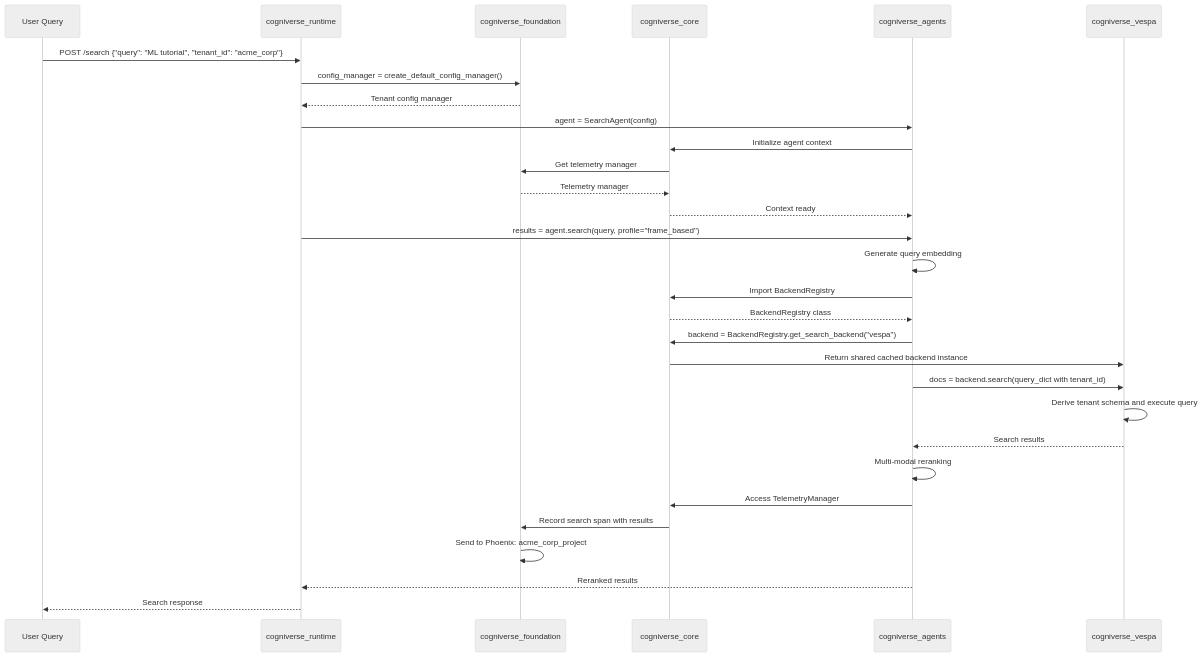
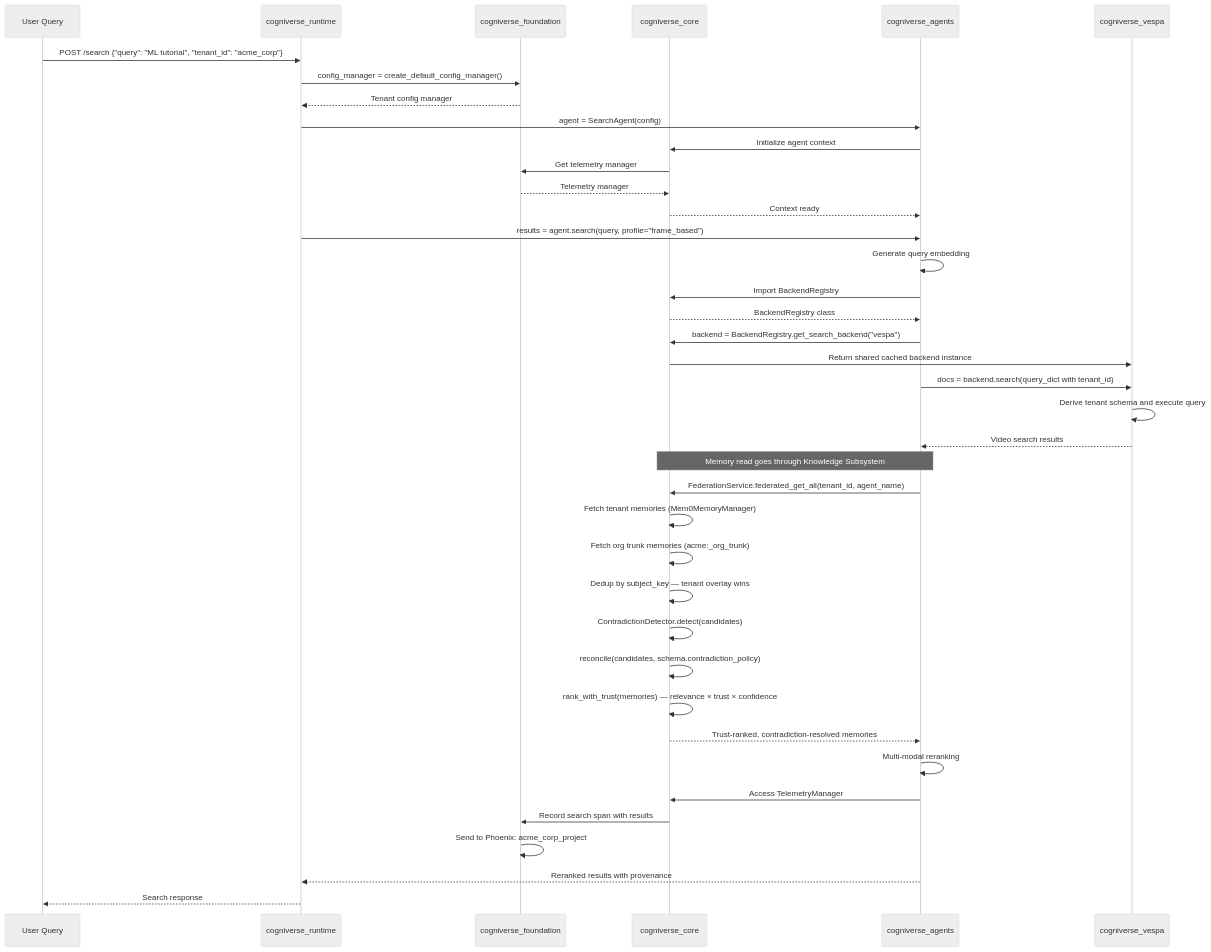
The tenth of 20 diagrams in docs/diagrams/sdk-architecture-diagrams.md (amit-jain/cogniverse), drawn with Mermaid (neutral theme) before and after one commit. The commit also changed other lines of this file and 1 other file, not shown here.

First line of the commit message:
Expand architecture and multi-tenant diagrams to cover Knowledge layer

````diff
--- a/docs/diagrams/sdk-architecture-diagrams.md
+++ b/docs/diagrams/sdk-architecture-diagrams.md
@@ -488,42 +584,52 @@
 ```mermaid
 sequenceDiagram
     participant User as User Query
     participant Runtime as cogniverse_runtime
     participant Foundation as cogniverse_foundation
     participant Core as cogniverse_core
     participant Agents as cogniverse_agents
     participant Vespa as cogniverse_vespa
 
     User->>Runtime: POST /search {"query": "ML tutorial", "tenant_id": "acme_corp"}
 
     Runtime->>Foundation: config_manager = create_default_config_manager()
     Foundation-->>Runtime: Tenant config manager
 
     Runtime->>Agents: agent = SearchAgent(config)
     Agents->>Core: Initialize agent context
     Core->>Foundation: Get telemetry manager
     Foundation-->>Core: Telemetry manager
     Core-->>Agents: Context ready
 
     Runtime->>Agents: results = agent.search(query, profile="frame_based")
 
     Agents->>Agents: Generate query embedding
 
     Agents->>Core: Import BackendRegistry
     Core-->>Agents: BackendRegistry class
 
     Agents->>Core: backend = BackendRegistry.get_search_backend("vespa")
     Core->>Vespa: Return shared cached backend instance
 
     Agents->>Vespa: docs = backend.search(query_dict with tenant_id)
     Vespa->>Vespa: Derive tenant schema and execute query
-    Vespa-->>Agents: Search results
+    Vespa-->>Agents: Video search results
+
+    Note over Agents,Core: Memory read goes through Knowledge Subsystem
+    Agents->>Core: FederationService.federated_get_all(tenant_id, agent_name)
+    Core->>Core: Fetch tenant memories (Mem0MemoryManager)
+    Core->>Core: Fetch org trunk memories (acme:_org_trunk)
+    Core->>Core: Dedup by subject_key — tenant overlay wins
+    Core->>Core: ContradictionDetector.detect(candidates)
+    Core->>Core: reconcile(candidates, schema.contradiction_policy)
+    Core->>Core: rank_with_trust(memories) — relevance × trust × confidence
+    Core-->>Agents: Trust-ranked, contradiction-resolved memories
 
     Agents->>Agents: Multi-modal reranking
     Agents->>Core: Access TelemetryManager
     Core->>Foundation: Record search span with results
     Foundation->>Foundation: Send to Phoenix: acme_corp_project
 
-    Agents-->>Runtime: Reranked results
+    Agents-->>Runtime: Reranked results with provenance
     Runtime-->>User: Search response
 ```
````
